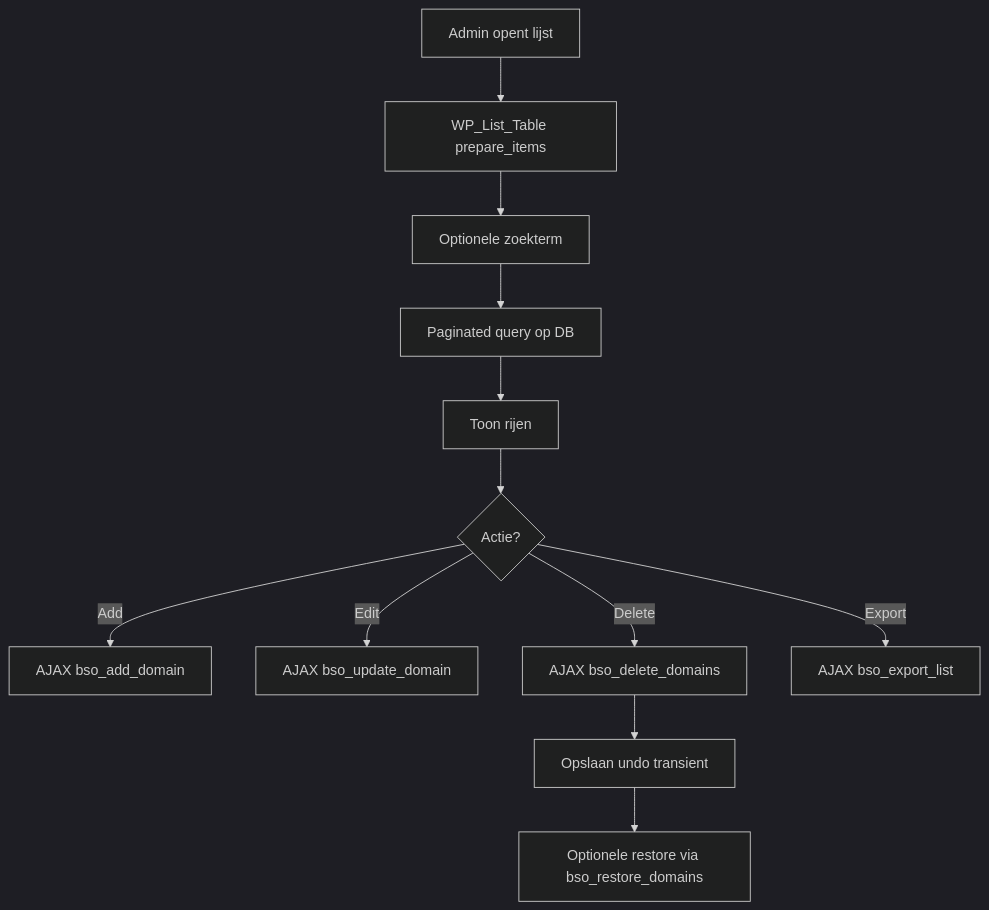
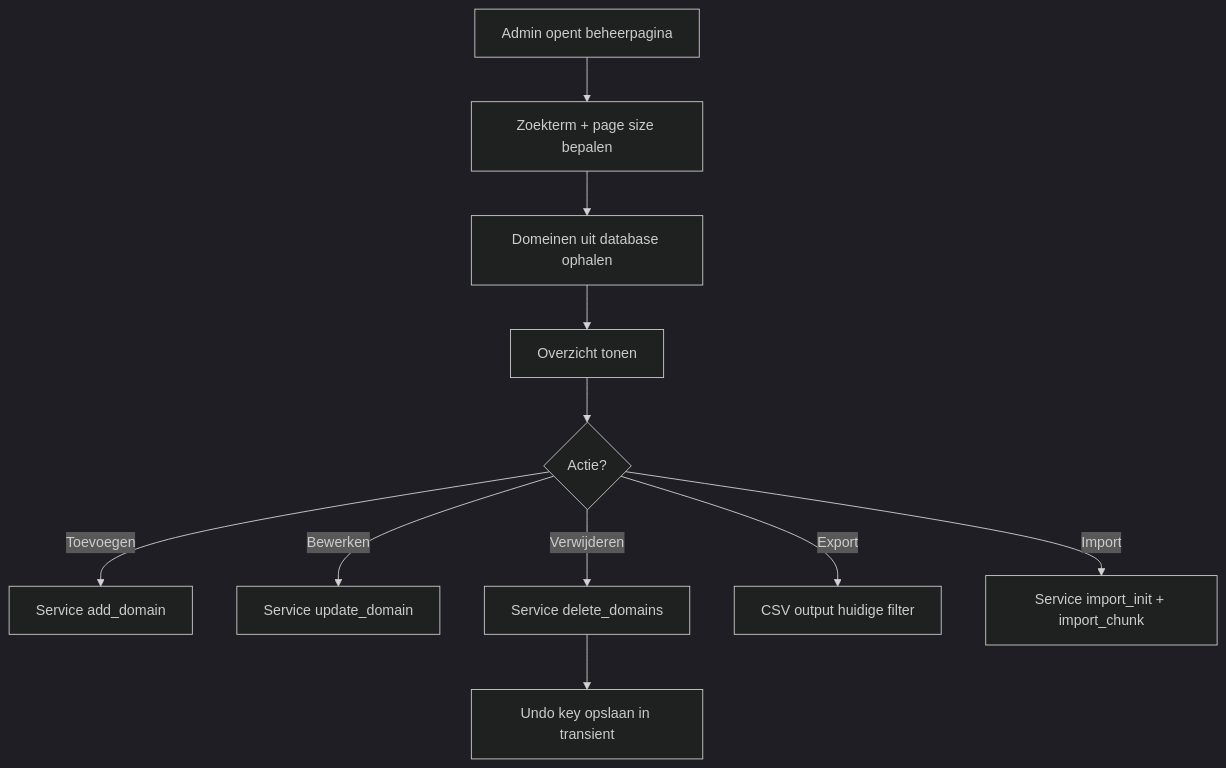
One commit to byteway/bso-wp-blocked-domains changed the fourth of 11 diagrams in document/Functional_Design.md. Above: the diagram before and after it, drawn with Mermaid (dark theme). The commit also changed other lines of this file and 2 other files, not shown here.

````diff
--- a/document/Functional_Design.md
+++ b/document/Functional_Design.md
@@ -171,14 +155,13 @@
 ```mermaid
 flowchart TD
-	A[Admin opent lijst] --> B[WP_List_Table prepare_items]
-	B --> C[Optionele zoekterm]
-	C --> D[Paginated query op DB]
-	D --> E[Toon rijen]
-	E --> F{Actie?}
-	F -- Add --> G[AJAX bso_add_domain]
-	F -- Edit --> H[AJAX bso_update_domain]
-	F -- Delete --> I[AJAX bso_delete_domains]
-	F -- Export --> J[AJAX bso_export_list]
-	I --> K[Opslaan undo transient]
-	K --> L[Optionele restore via bso_restore_domains]
+	A[Admin opent beheerpagina] --> B[Zoekterm + page size bepalen]
+	B --> C[Domeinen uit database ophalen]
+	C --> D[Overzicht tonen]
+	D --> E{Actie?}
+	E -- Toevoegen --> F[Service add_domain]
+	E -- Bewerken --> G[Service update_domain]
+	E -- Verwijderen --> H[Service delete_domains]
+	H --> I[Undo key opslaan in transient]
+	E -- Export --> J[CSV output huidige filter]
+	E -- Import --> K[Service import_init + import_chunk]
 ```
````
